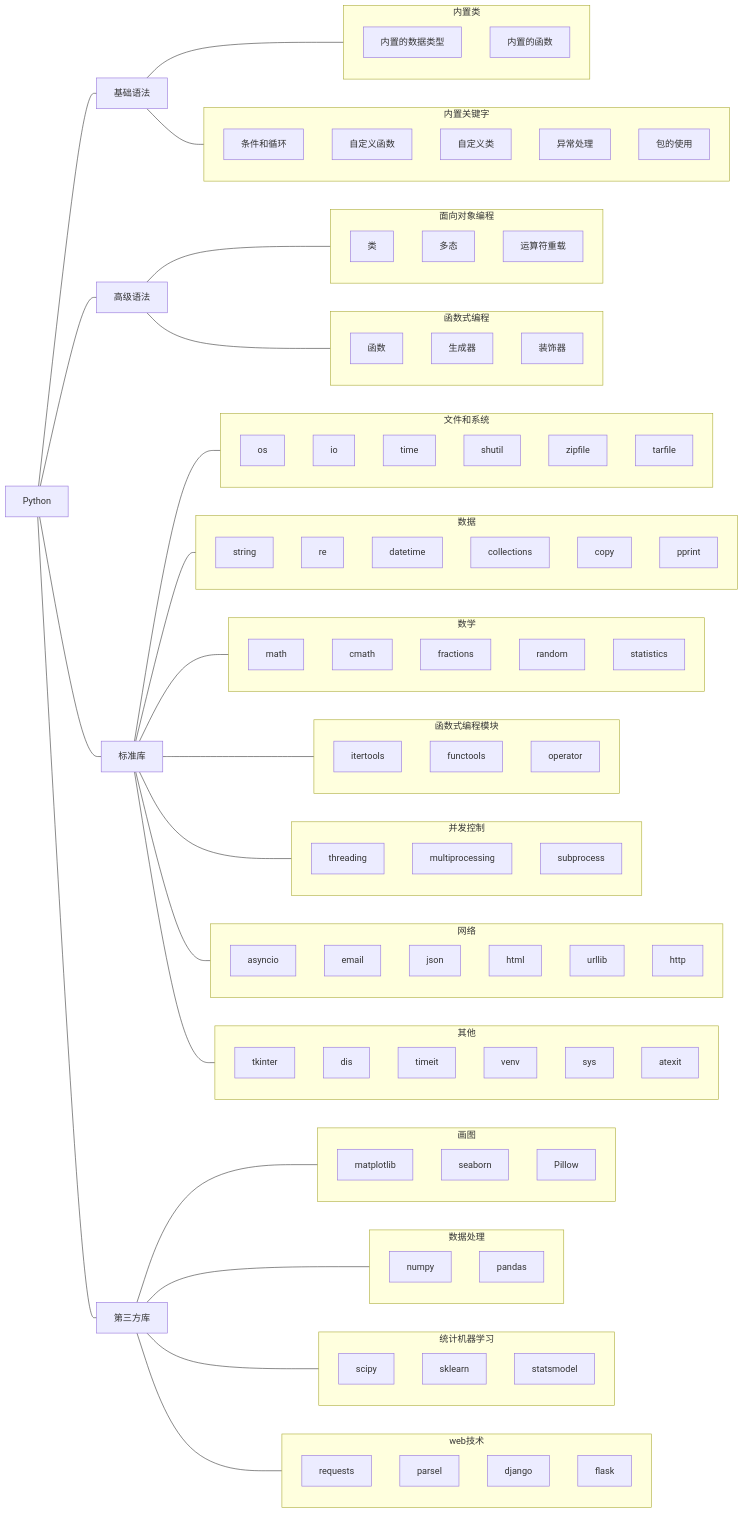
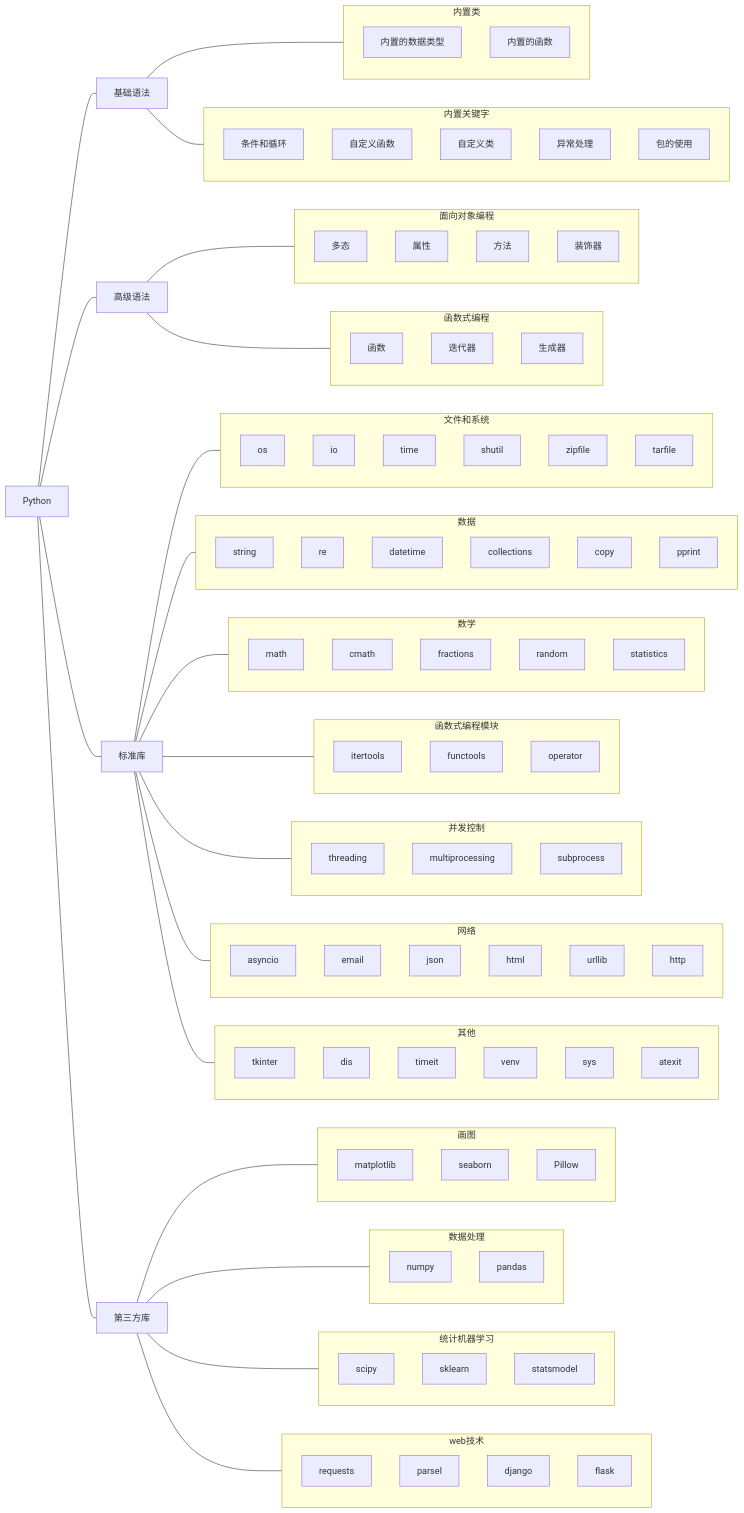
Before and after one commit to AIboy996/AIboy996.GitHub.io: the diagram in docs/Python/index.md, drawn with Mermaid. The commit also changed 9 other files, not shown here.

````diff
--- a/docs/Python/index.md
+++ b/docs/Python/index.md
@@ -44,76 +44,78 @@
 ```mermaid
 flowchart LR
     subgraph 内置类
     内置的数据类型
     内置的函数
     end
     subgraph 内置关键字
     条件和循环
     自定义函数
     自定义类
     异常处理
     包的使用
     end
     subgraph 面向对象编程
-    类
     多态
-    运算符重载
+    属性
+    方法
+    装饰器
     end
     subgraph 函数式编程
     函数
+    迭代器
     生成器
     装饰器
     end
     Python --- 基础语法 & 高级语法 & 标准库 & 第三方库
     基础语法 --- 内置类 & 内置关键字
     高级语法 --- 面向对象编程 & 函数式编程
     
     subgraph 画图
     matplotlib
     seaborn
     Pillow
     end
     subgraph 数据处理
     numpy
     pandas
     end
     subgraph 统计机器学习
     scipy
     sklearn
     statsmodel
     end
     subgraph web技术
     requests
     parsel
     django
     flask
     end
     
     第三方库 --- 画图 & 数据处理 & 统计机器学习 & web技术
     subgraph 文件和系统
     os;io;time;shutil;
   	zipfile;tarfile;
     end
     subgraph 数据
     string;re;datetime;
     collections;copy;pprint;
     end
     subgraph 数学
     math; cmath; fractions; random; statistics
     end
     subgraph 函数式编程模块
     itertools; functools; operator
     end
     subgraph 并发控制
     threading; multiprocessing; subprocess;
     end
     subgraph 网络
     asyncio;email; json; html; urllib; http;
     end
     subgraph 其他
     tkinter;dis;timeit;venv;sys;atexit;dis
     end
     标准库 --- 文件和系统 & 数据 & 数学 & 函数式编程模块 & 并发控制 & 网络 & 其他
     
     
 ```
````
